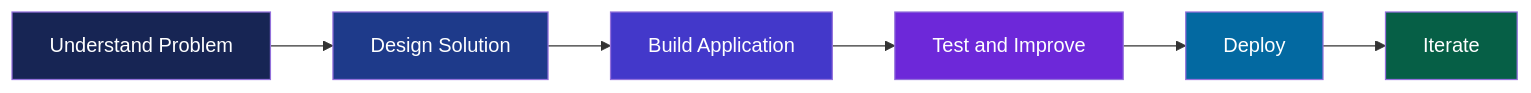
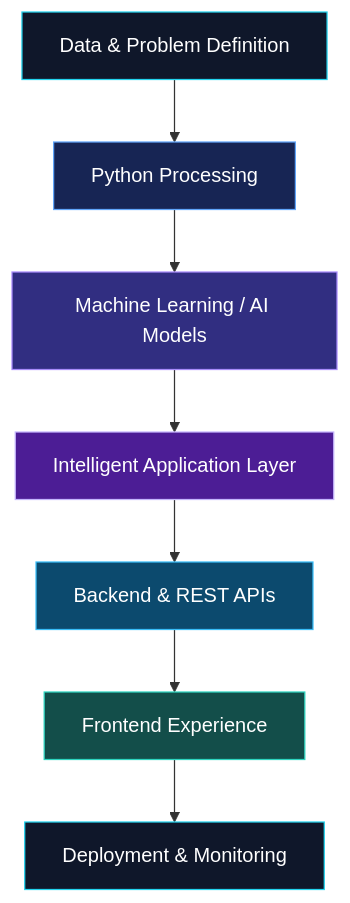
The diagram in README.md (rahulbhadekar/rahulbhadekar), drawn with Mermaid before and after one commit. The commit also changed other lines of this file, not shown here.

````diff
--- a/README.md
+++ b/README.md
@@ -389,15 +167,17 @@
 ```mermaid
-flowchart LR
-    A[Understand Problem] --> B[Design Solution]
-    B --> C[Build Application]
-    C --> D[Test and Improve]
-    D --> E[Deploy]
-    E --> F[Iterate]
+flowchart TD
+    A["Data & Problem Definition"] --> B["Python Processing"]
+    B --> C["Machine Learning / AI Models"]
+    C --> D["Intelligent Application Layer"]
+    D --> E["Backend & REST APIs"]
+    E --> F["Frontend Experience"]
+    F --> G["Deployment & Monitoring"]
 
-    style A fill:#172554,color:#ffffff
-    style B fill:#1e3a8a,color:#ffffff
-    style C fill:#4338ca,color:#ffffff
-    style D fill:#6d28d9,color:#ffffff
-    style E fill:#0369a1,color:#ffffff
-    style F fill:#065f46,color:#ffffff
+    style A fill:#0f172a,stroke:#22d3ee,color:#fff
+    style B fill:#172554,stroke:#60a5fa,color:#fff
+    style C fill:#312e81,stroke:#a78bfa,color:#fff
+    style D fill:#4c1d95,stroke:#c4b5fd,color:#fff
+    style E fill:#0c4a6e,stroke:#38bdf8,color:#fff
+    style F fill:#134e4a,stroke:#2dd4bf,color:#fff
+    style G fill:#0f172a,stroke:#22d3ee,color:#fff
 ```
````
